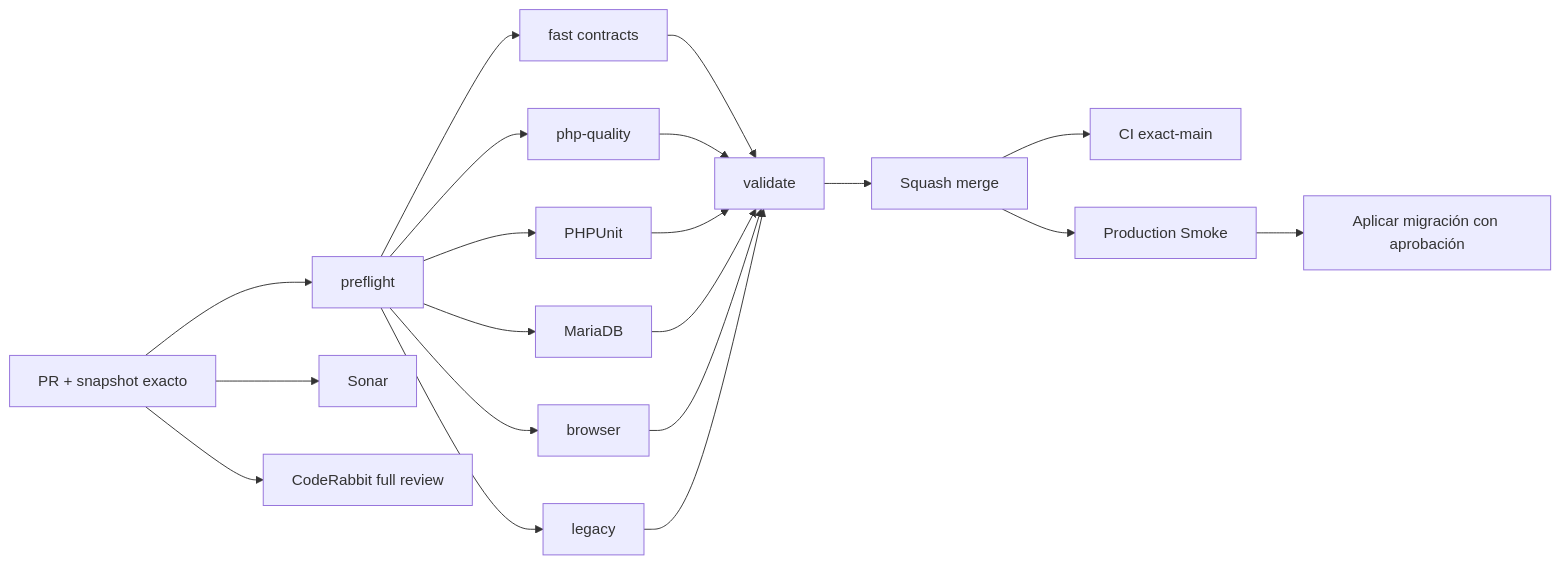
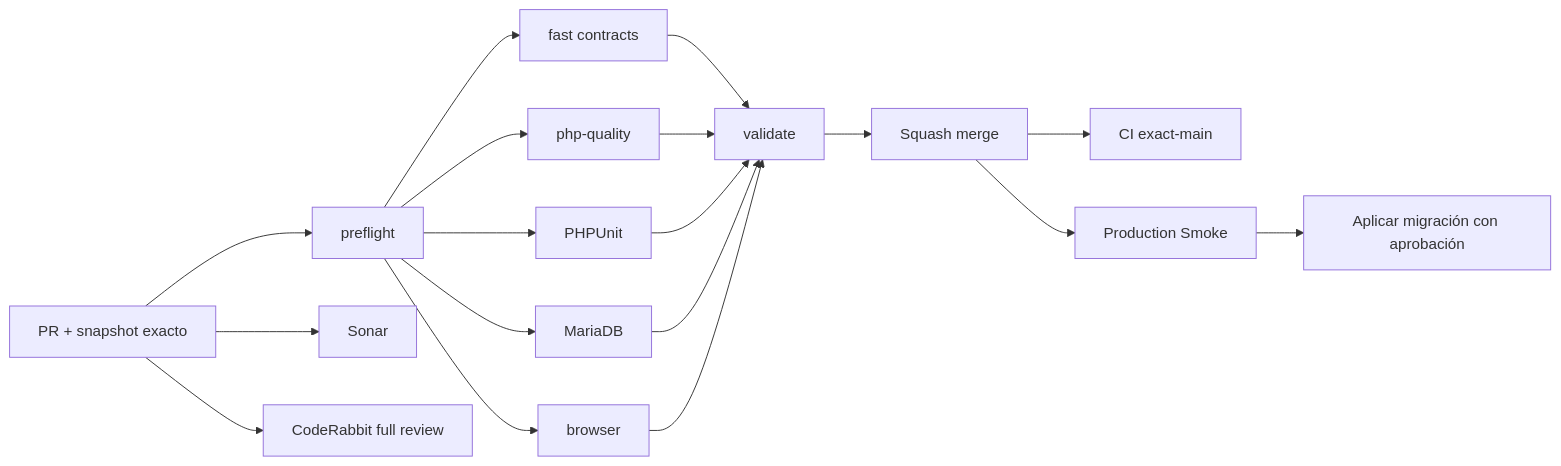
One commit to drpipe1098-commits/GrindFlow changed the diagram in README.md. Above: the diagram before and after it, drawn with Mermaid. The commit also changed other lines of this file, not shown here.

Commit message:
docs: align scheduling delivery flow and atomicity

````diff
--- a/README.md
+++ b/README.md
@@ -46,22 +46,20 @@
 ```mermaid
 flowchart LR
     A["PR + snapshot exacto"] --> P["preflight"]
     P --> F["fast contracts"]
     P --> Q["php-quality"]
     P --> T["PHPUnit"]
     P --> D["MariaDB"]
     P --> B["browser"]
-    P --> L["legacy"]
     A --> S["Sonar"]
     A --> C["CodeRabbit full review"]
     F --> V["validate"]
     Q --> V
     T --> V
     D --> V
     B --> V
-    L --> V
     V --> M["Squash merge"]
     M --> X["CI exact-main"]
     M --> R["Production Smoke"]
     R --> G["Aplicar migración con aprobación"]
 ```
````
